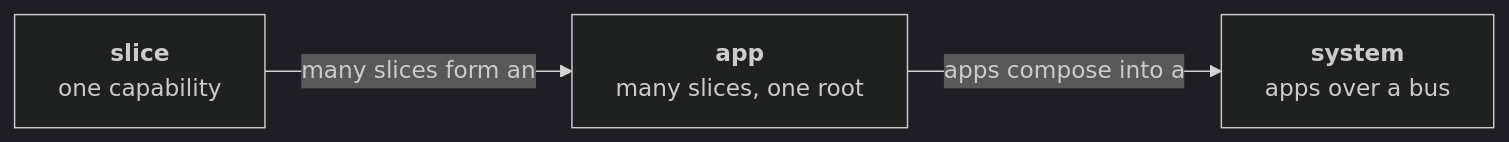
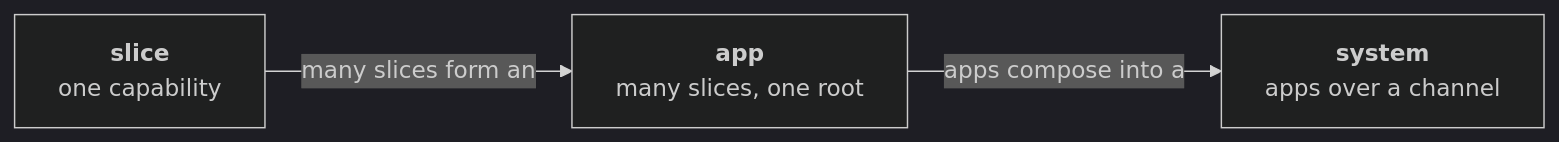
Before and after one commit to throw-if-null/coral: the second of 2 diagrams in CONVENTIONS.md, drawn with Mermaid (dark theme). The commit also changed other lines of this file and 33 other files, not shown here.

First line of the commit message:
Rename horizontal to crosscut, and bus to channel

````diff
--- a/CONVENTIONS.md
+++ b/CONVENTIONS.md
@@ -127,8 +141,8 @@
 ```mermaid
 flowchart LR
   P["<b>slice</b><br/>one capability"]
   C["<b>app</b><br/>many slices, one root"]
-  R["<b>system</b><br/>apps over a bus"]
+  R["<b>system</b><br/>apps over a channel"]
   P -->|"many slices form an"| C
   C -->|"apps compose into a"| R
 ```
````
